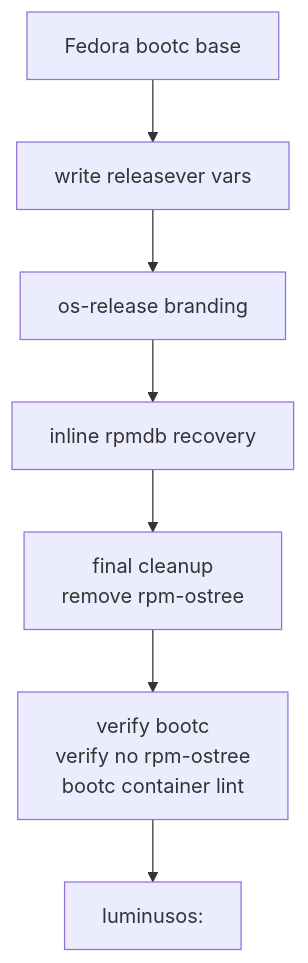
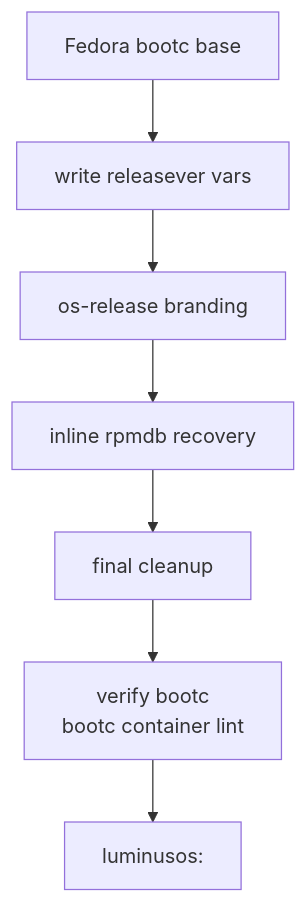
The third of 14 diagrams in ARCHITECTURE.md (luminusOS/images), drawn with Mermaid before and after one commit. The commit also changed other lines of this file and 3 other files, not shown here.

````diff
--- a/ARCHITECTURE.md
+++ b/ARCHITECTURE.md
@@ -166,12 +166,12 @@
 ```mermaid
 flowchart TD
     Fedora["Fedora bootc base"]
     Vars["write releasever vars"]
     Branding["os-release branding"]
     Rpmdb["inline rpmdb recovery"]
-    Cleanup["final cleanup<br/>remove rpm-ostree"]
-    Lint["verify bootc<br/>verify no rpm-ostree<br/>bootc container lint"]
+    Cleanup["final cleanup"]
+    Lint["verify bootc<br/>bootc container lint"]
     Output["luminusos:<tag>"]
 
     Fedora --> Vars --> Branding --> Rpmdb --> Cleanup --> Lint --> Output
 ```
````
